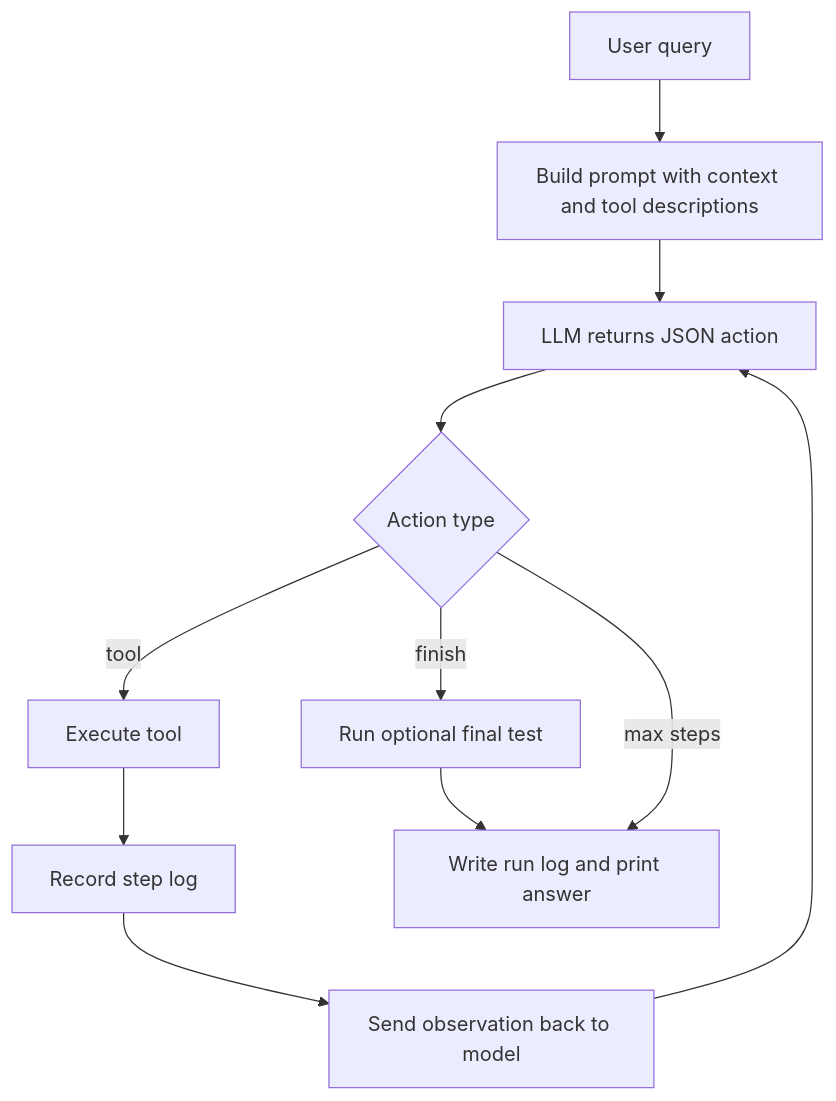
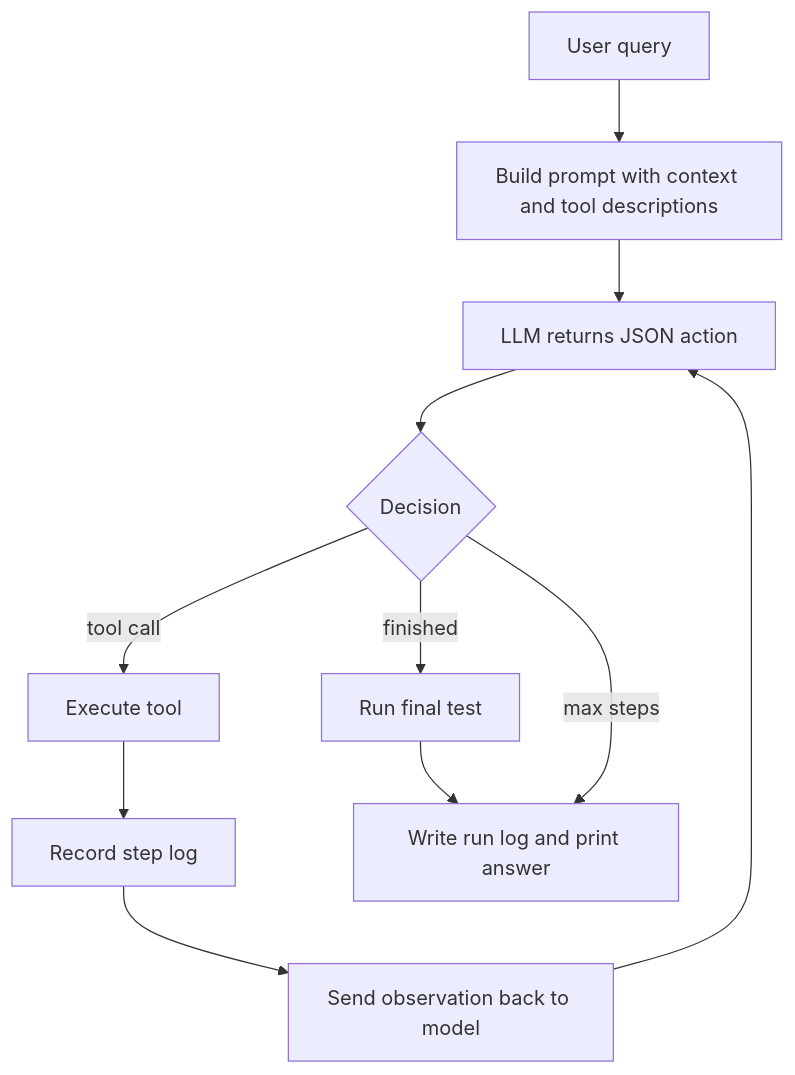
One commit to Cachuela11/MiniCode changed the first of 2 diagrams in README.md. Above: the diagram before and after it, drawn with Mermaid.

````diff
--- a/README.md
+++ b/README.md
@@ -36,13 +36,13 @@
 ```mermaid
 flowchart TD
     A[User query] --> B[Build prompt with context and tool descriptions]
     B --> C[LLM returns JSON action]
-    C --> D{Action type}
-    D -->|tool| E[Execute tool]
+    C --> D{Decision}
+    D -->|tool call| E[Execute tool]
     E --> F[Record step log]
     F --> G[Send observation back to model]
     G --> C
-    D -->|finish| H[Run optional final test]
+    D -->|finished| H[Run final test]
     H --> I[Write run log and print answer]
     D -->|max steps| I
 ```
````
